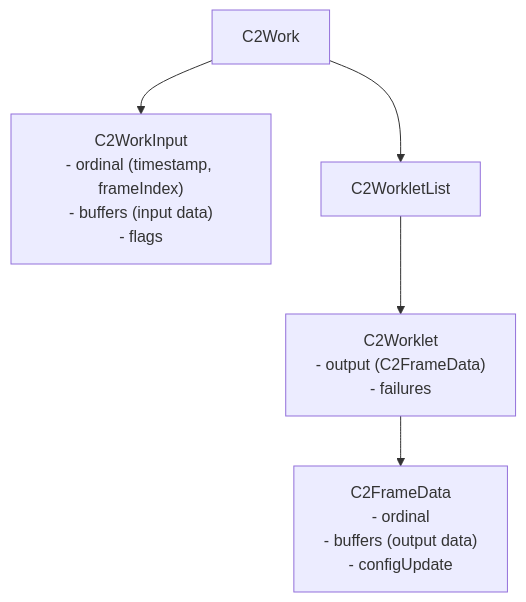
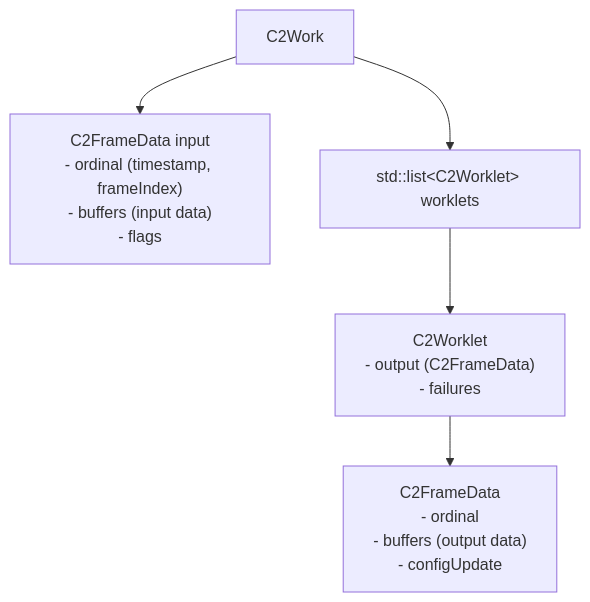
Before and after one commit to aospbooks/aosp-internal-book: the ninth of 34 diagrams in 16-media-and-camera.md, drawn with Mermaid. The commit also changed other lines of this file and 218 other files, not shown here.

````diff
--- a/16-media-and-camera.md
+++ b/16-media-and-camera.md
@@ -1178,8 +1188,8 @@
 ```mermaid
 graph TD
     W["C2Work"]
-    W --> WI["C2WorkInput<br/>- ordinal (timestamp, frameIndex)<br/>- buffers (input data)<br/>- flags"]
-    W --> WL["C2WorkletList"]
+    W --> WI["C2FrameData input<br/>- ordinal (timestamp, frameIndex)<br/>- buffers (input data)<br/>- flags"]
+    W --> WL["std::list&lt;C2Worklet&gt; worklets"]
     WL --> WK["C2Worklet<br/>- output (C2FrameData)<br/>- failures"]
     WK --> FD["C2FrameData<br/>- ordinal<br/>- buffers (output data)<br/>- configUpdate"]
 ```
````
